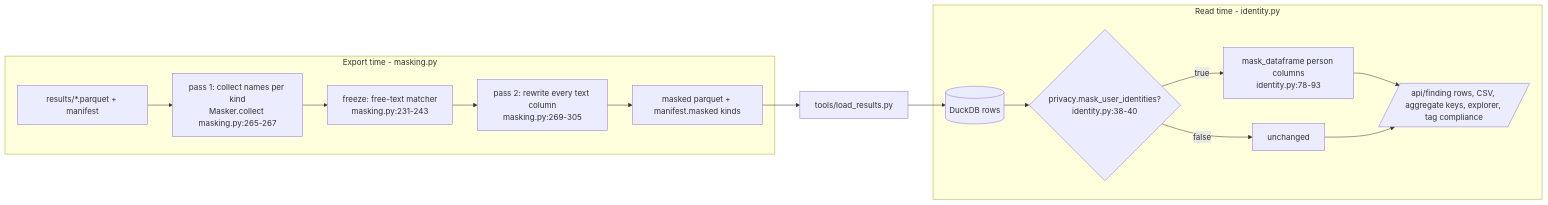
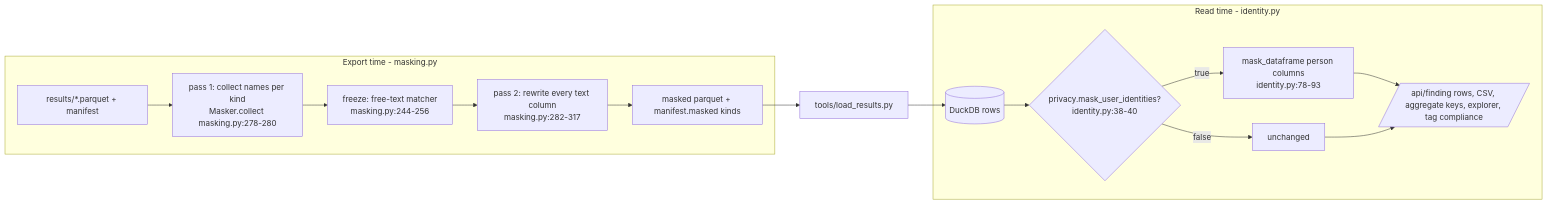
The diagram in snowflake-audit-app-knowledge-graph/logic/masking.md (darshanmeel/snowflake-audit-app), drawn with Mermaid before and after one commit. The commit also changed other lines of this file and 191 other files, not shown here.

First line of the commit message:
Fix remaining review findings; update graph and docs

````diff
--- a/snowflake-audit-app-knowledge-graph/logic/masking.md
+++ b/snowflake-audit-app-knowledge-graph/logic/masking.md
@@ -5,17 +5,17 @@
 ```mermaid
 flowchart LR
   subgraph Export time - masking.py
-    PQ[results/*.parquet + manifest] --> C1[pass 1: collect names per kind<br/>Masker.collect masking.py:265-267]
-    C1 --> FR[freeze: free-text matcher<br/>masking.py:231-243]
-    FR --> C2[pass 2: rewrite every text column<br/>masking.py:269-305]
+    PQ[results/*.parquet + manifest] --> C1[pass 1: collect names per kind<br/>Masker.collect masking.py:278-280]
+    C1 --> FR[freeze: free-text matcher<br/>masking.py:244-256]
+    FR --> C2[pass 2: rewrite every text column<br/>masking.py:282-317]
     C2 --> OUT[masked parquet + manifest.masked kinds]
   end
   subgraph Read time - identity.py
     DB[(DuckDB rows)] --> ON{privacy.mask_user_identities?<br/>identity.py:38-40}
     ON -->|true| MD[mask_dataframe person columns<br/>identity.py:78-93]
     ON -->|false| PASS[unchanged]
     MD --> JSON[/api/finding rows, CSV, aggregate keys, explorer, tag compliance/]
     PASS --> JSON
   end
   OUT --> LOAD[tools/load_results.py] --> DB
 ```
````
